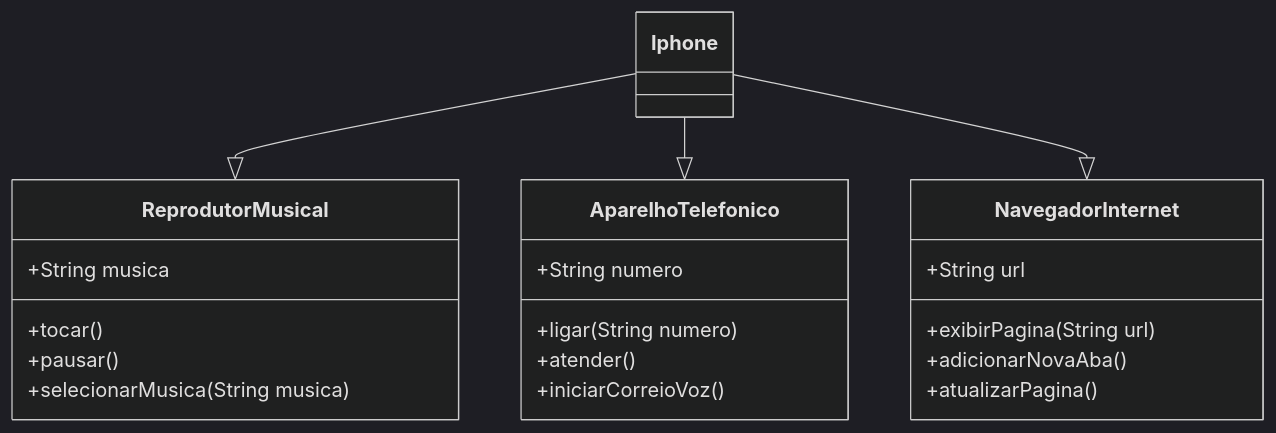
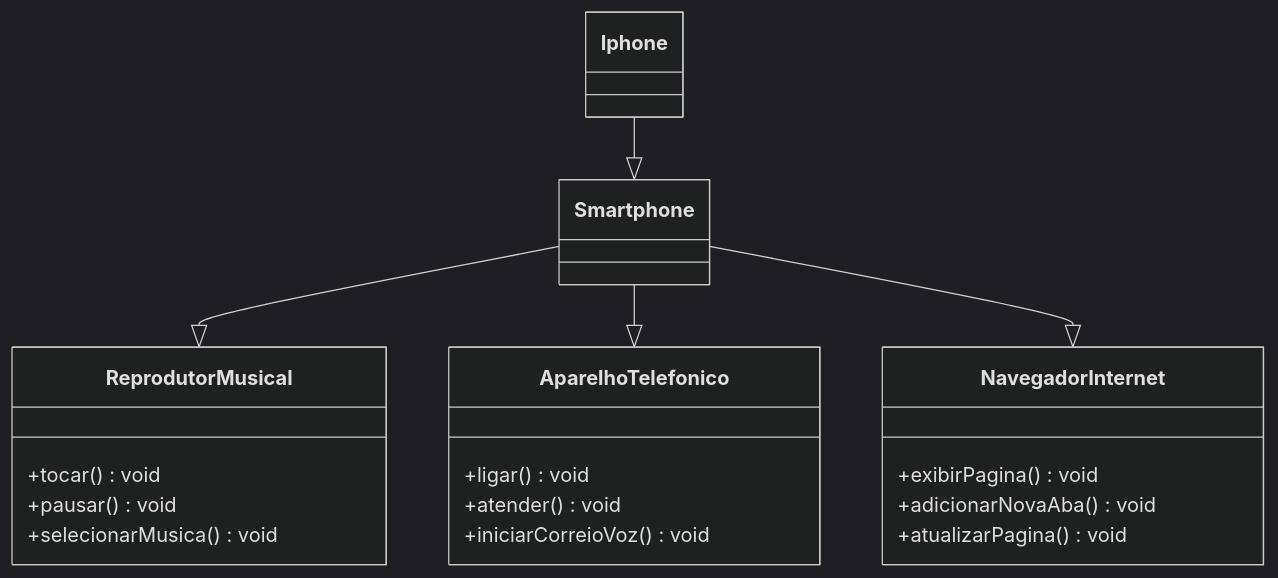
One commit to bgarbero/dio-desafio-poo changed the diagram in README.md. Above: the diagram before and after it, drawn with Mermaid (dark theme).

````diff
--- a/README.md
+++ b/README.md
@@ -2,24 +2,22 @@
 ```mermaid
 classDiagram
-    Iphone --|> ReprodutorMusical
-    Iphone --|> AparelhoTelefonico
-    Iphone --|> NavegadorInternet
+    Smartphone --|> ReprodutorMusical
+    Smartphone --|> AparelhoTelefonico
+    Smartphone --|> NavegadorInternet
+    Iphone --|> Smartphone
     class ReprodutorMusical{
-      +String musica
-      +tocar()
-      +pausar()
-      +selecionarMusica(String musica)
+      +tocar() void
+      +pausar() void
+      +selecionarMusica() void
     }
     class AparelhoTelefonico{
-      +String numero
-      +ligar(String numero)
-      +atender()
-      +iniciarCorreioVoz()
+      +ligar() void
+      +atender() void
+      +iniciarCorreioVoz() void
     }
     class NavegadorInternet{
-      +String url
-      +exibirPagina(String url)
-      +adicionarNovaAba()
-      +atualizarPagina()
+      +exibirPagina() void
+      +adicionarNovaAba() void
+      +atualizarPagina() void
     }
 ```
````
